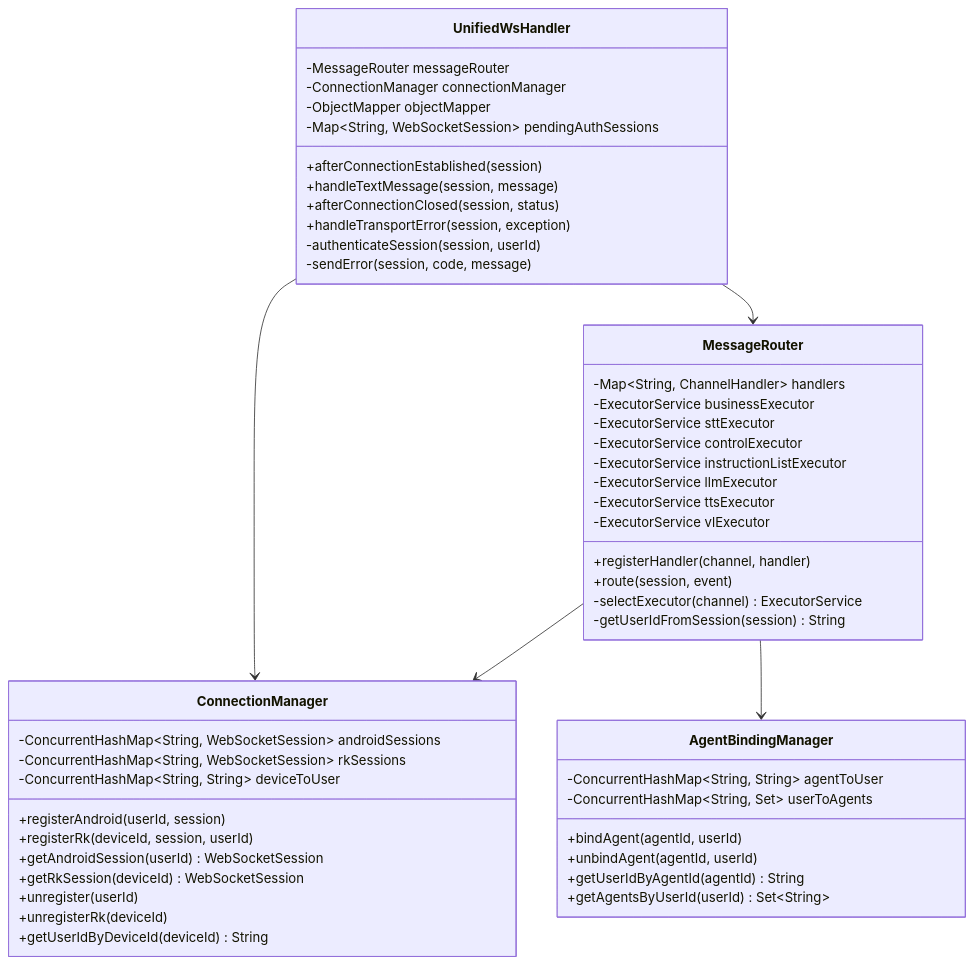
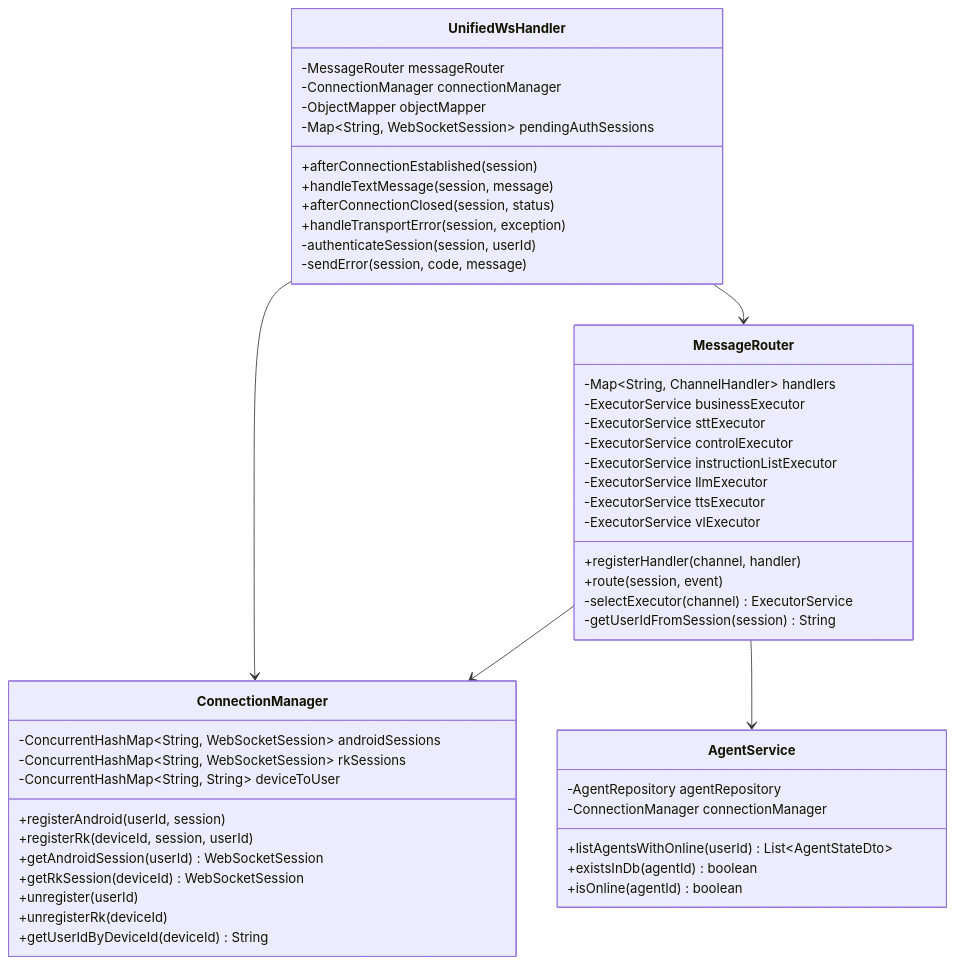
The seventh of 18 diagrams in cursor/WS重构.md (nangong918/magic-vector), drawn with Mermaid before and after one commit. The commit also changed other lines of this file and 1 other file, not shown here.

````diff
--- a/cursor/WS重构.md
+++ b/cursor/WS重构.md
@@ -801,57 +790,56 @@
 ```mermaid
 classDiagram
     class UnifiedWsHandler {
         -MessageRouter messageRouter
         -ConnectionManager connectionManager
         -ObjectMapper objectMapper
         -Map~String, WebSocketSession~ pendingAuthSessions
         +afterConnectionEstablished(session)
         +handleTextMessage(session, message)
         +afterConnectionClosed(session, status)
         +handleTransportError(session, exception)
         -authenticateSession(session, userId)
         -sendError(session, code, message)
     }
 
     class MessageRouter {
         -Map~String, ChannelHandler~ handlers
         -ExecutorService businessExecutor
         -ExecutorService sttExecutor
         -ExecutorService controlExecutor
         -ExecutorService instructionListExecutor
         -ExecutorService llmExecutor
         -ExecutorService ttsExecutor
         -ExecutorService vlExecutor
         +registerHandler(channel, handler)
         +route(session, event)
         -selectExecutor(channel) ExecutorService
         -getUserIdFromSession(session) String
     }
 
     class ConnectionManager {
         -ConcurrentHashMap~String, WebSocketSession~ androidSessions
         -ConcurrentHashMap~String, WebSocketSession~ rkSessions
         -ConcurrentHashMap~String, String~ deviceToUser
         +registerAndroid(userId, session)
         +registerRk(deviceId, session, userId)
         +getAndroidSession(userId) WebSocketSession
         +getRkSession(deviceId) WebSocketSession
         +unregister(userId)
         +unregisterRk(deviceId)
         +getUserIdByDeviceId(deviceId) String
     }
 
-    class AgentBindingManager {
-        -ConcurrentHashMap~String, String~ agentToUser
-        -ConcurrentHashMap~String, Set~ userToAgents
-        +bindAgent(agentId, userId)
-        +unbindAgent(agentId, userId)
-        +getUserIdByAgentId(agentId) String
-        +getAgentsByUserId(userId) Set~String~
+    class AgentService {
+        -AgentRepository agentRepository
+        -ConnectionManager connectionManager
+        +listAgentsWithOnline(userId) List~AgentStateDto~
+        +existsInDb(agentId) boolean
+        +isOnline(agentId) boolean
     }
 
     UnifiedWsHandler --> MessageRouter
     UnifiedWsHandler --> ConnectionManager
     MessageRouter --> ConnectionManager
-    MessageRouter --> AgentBindingManager
+    MessageRouter --> AgentService
 ```
````
